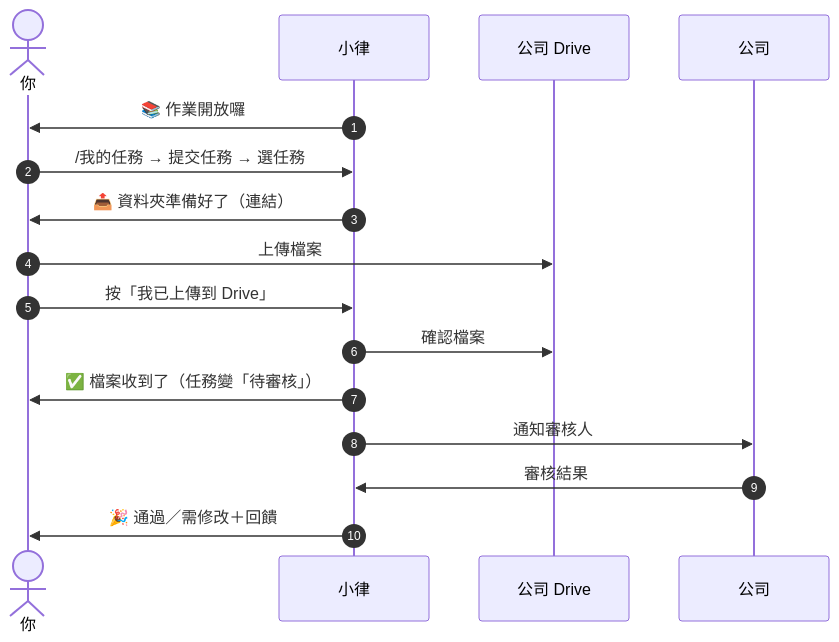
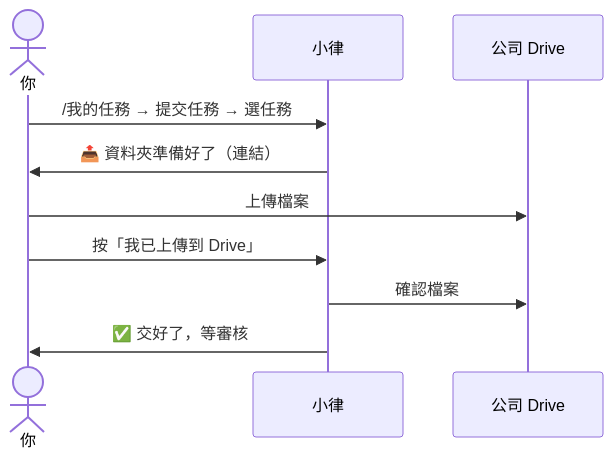
One commit to johnnysun0621/kari-kari-ai-ops changed the fourth of 6 diagrams in docs/sop/ARTIST_SOP.md. Above: the diagram before and after it, drawn with Mermaid. The commit also changed other lines of this file and 85 other files, not shown here.

````diff
--- a/docs/sop/ARTIST_SOP.md
+++ b/docs/sop/ARTIST_SOP.md
@@ -267,18 +343,12 @@
 ```mermaid
 sequenceDiagram
-  autonumber
   actor 你
   participant 小律
   participant D as 公司 Drive
-  participant 公司
-  小律->>你: 📚 作業開放囉
   你->>小律: /我的任務 → 提交任務 → 選任務
   小律->>你: 📤 資料夾準備好了（連結）
   你->>D: 上傳檔案
   你->>小律: 按「我已上傳到 Drive」
   小律->>D: 確認檔案
-  小律->>你: ✅ 檔案收到了（任務變「待審核」）
-  小律->>公司: 通知審核人
-  公司->>小律: 審核結果
-  小律->>你: 🎉 通過／需修改＋回饋
+  小律->>你: ✅ 交好了，等審核
 ```
````
